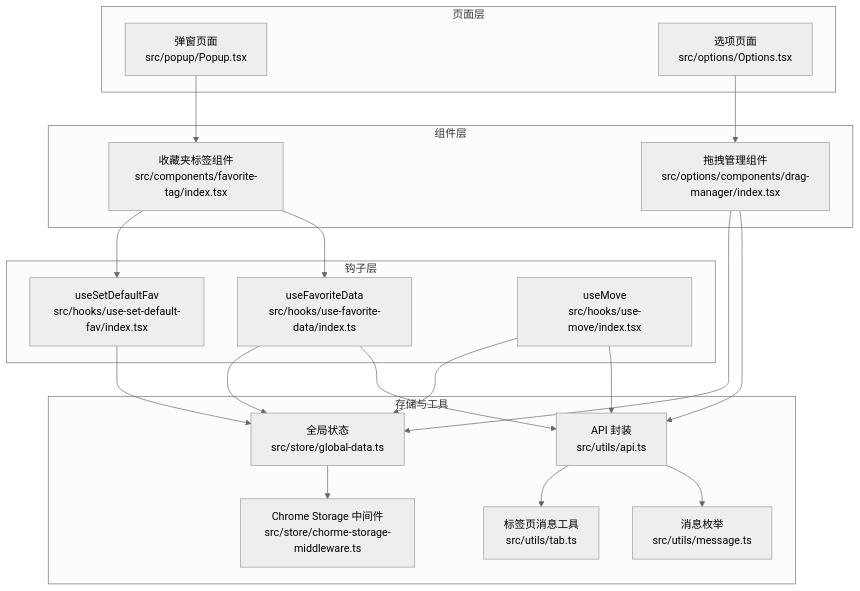
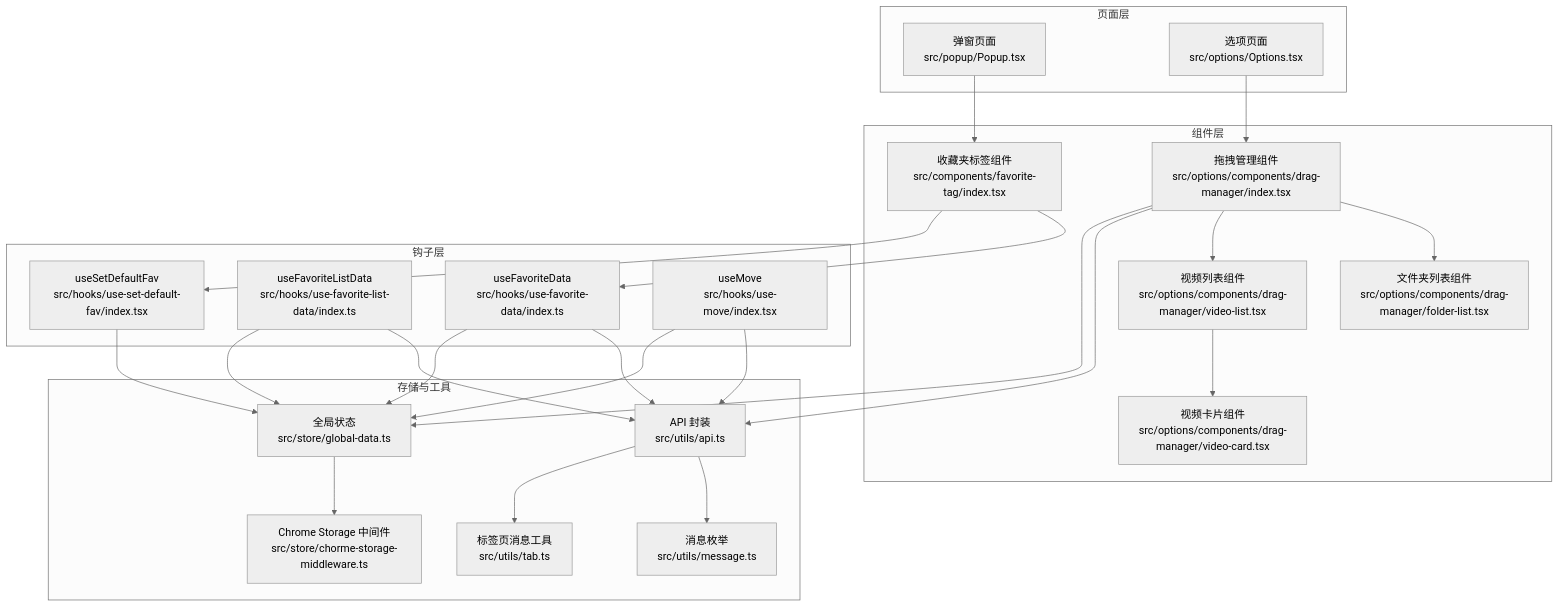
Before and after one commit to RadiumAg/bilibili-favorites: the first of 10 diagrams in .qoder/repowiki/zh/content/核心功能模块/收藏夹管理系统.md, drawn with Mermaid (neutral theme). The commit also changed other lines of this file and 5 other files, not shown here.

````diff
--- a/.qoder/repowiki/zh/content/核心功能模块/收藏夹管理系统.md
+++ b/.qoder/repowiki/zh/content/核心功能模块/收藏夹管理系统.md
@@ -45,37 +59,46 @@
 ```mermaid
 graph TB
 subgraph "页面层"
 Popup["弹窗页面<br/>src/popup/Popup.tsx"]
 Options["选项页面<br/>src/options/Options.tsx"]
 end
 subgraph "组件层"
 FavoriteTag["收藏夹标签组件<br/>src/components/favorite-tag/index.tsx"]
 DragManager["拖拽管理组件<br/>src/options/components/drag-manager/index.tsx"]
+FolderList["文件夹列表组件<br/>src/options/components/drag-manager/folder-list.tsx"]
+VideoList["视频列表组件<br/>src/options/components/drag-manager/video-list.tsx"]
+VideoCard["视频卡片组件<br/>src/options/components/drag-manager/video-card.tsx"]
 end
 subgraph "钩子层"
 HookFavoriteData["useFavoriteData<br/>src/hooks/use-favorite-data/index.ts"]
+HookFavoriteListData["useFavoriteListData<br/>src/hooks/use-favorite-list-data/index.ts"]
 HookSetDefaultFav["useSetDefaultFav<br/>src/hooks/use-set-default-fav/index.tsx"]
 HookMove["useMove<br/>src/hooks/use-move/index.tsx"]
 end
 subgraph "存储与工具"
 GlobalStore["全局状态<br/>src/store/global-data.ts"]
 StorageMW["Chrome Storage 中间件<br/>src/store/chorme-storage-middleware.ts"]
 Api["API 封装<br/>src/utils/api.ts"]
 Message["消息枚举<br/>src/utils/message.ts"]
 TabUtil["标签页消息工具<br/>src/utils/tab.ts"]
 end
 Popup --> FavoriteTag
 Options --> DragManager
 FavoriteTag --> HookFavoriteData
 FavoriteTag --> HookSetDefaultFav
 HookMove --> Api
 HookFavoriteData --> Api
+HookFavoriteListData --> Api
 HookFavoriteData --> GlobalStore
+HookFavoriteListData --> GlobalStore
 HookSetDefaultFav --> GlobalStore
 HookMove --> GlobalStore
+DragManager --> FolderList
+DragManager --> VideoList
+VideoList --> VideoCard
 DragManager --> Api
 DragManager --> GlobalStore
 GlobalStore --> StorageMW
 Api --> Message
 Api --> TabUtil
 ```
````
